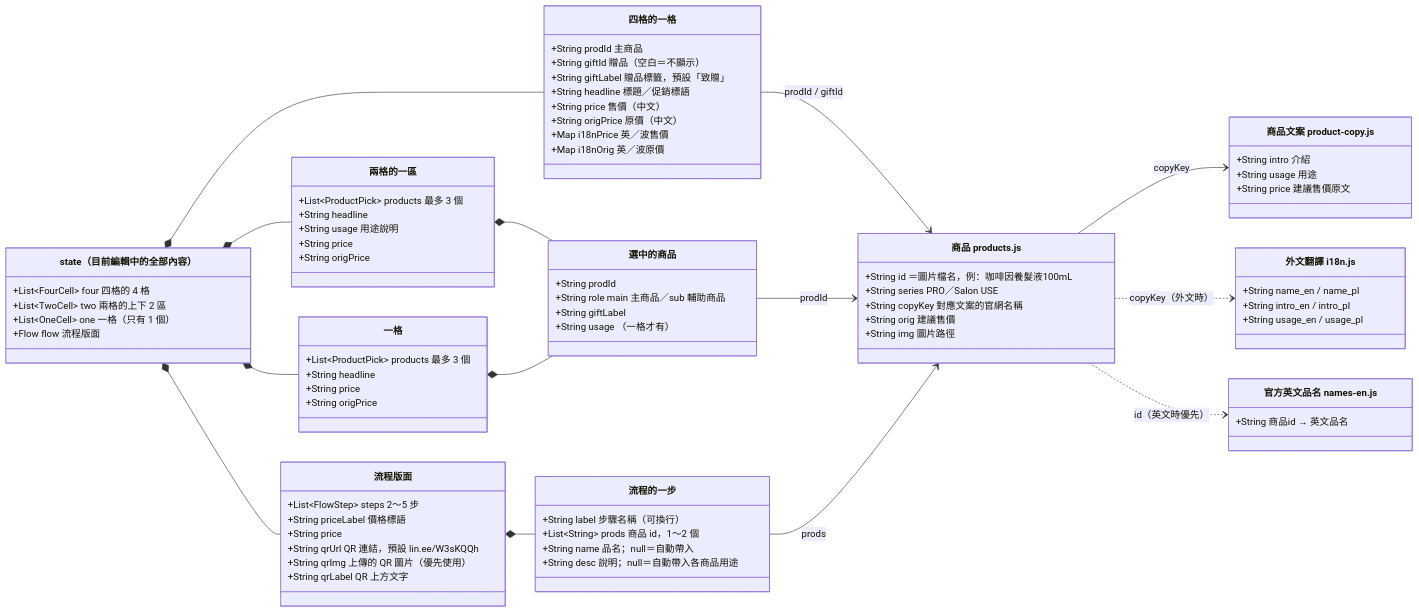
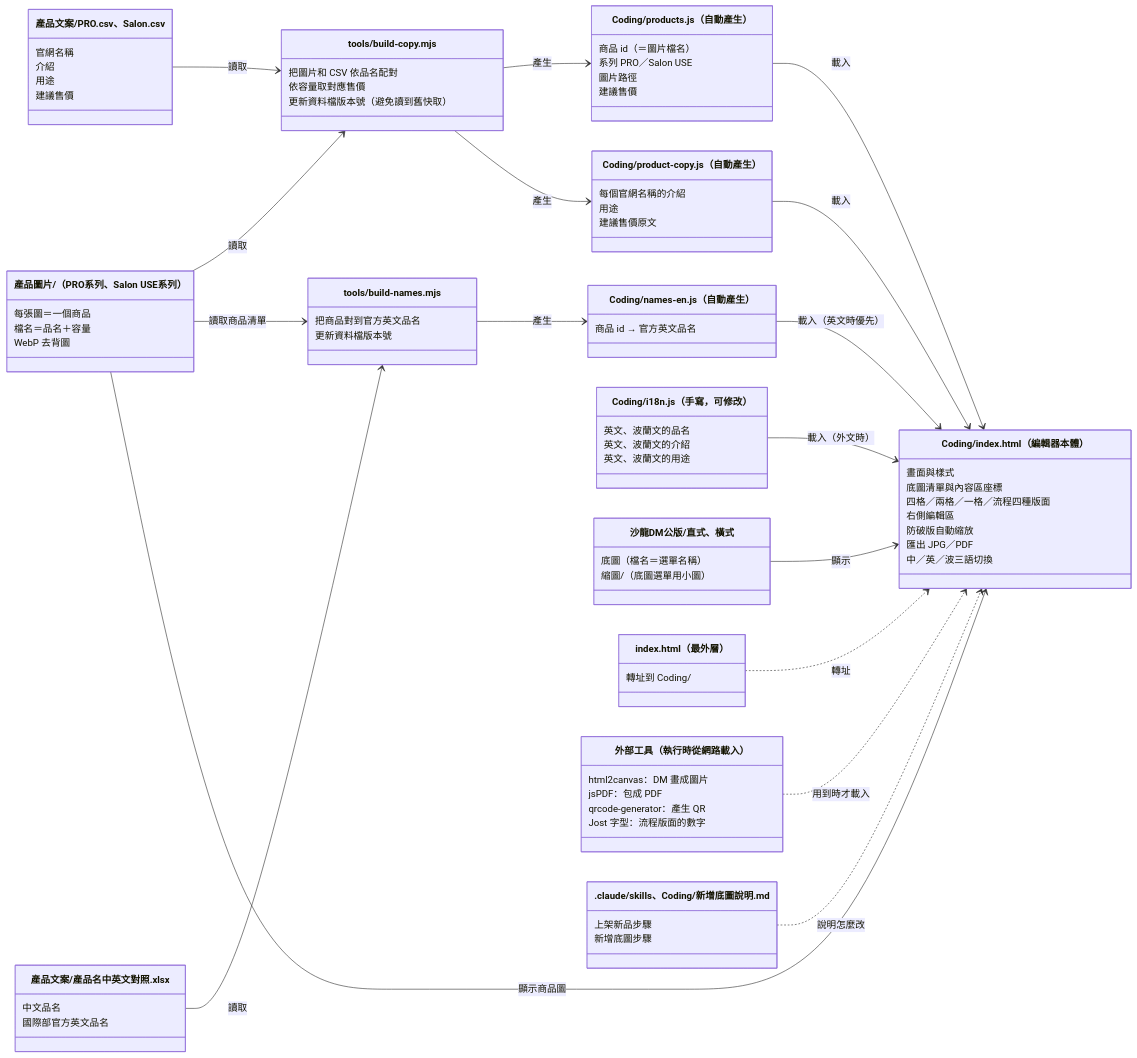
The second of 3 diagrams in docs/專案地圖.md (brandmarketing-coder/DM), drawn with Mermaid before and after one commit. The commit also changed other lines of this file and 2 other files, not shown here.

Commit message:
docs: 移除過時的 Plan.md、Handoff.md，專案地圖改版
- 刪除 Coding/Plan.md（早期技術規格）、Coding/Handoff.md（早期交接說明），內容已過時
- 專案地圖：第三節改名「架構圖」；圖 1 改為「檔案分工與關係」（每份檔案負責什麼、誰產生／讀取誰）；圖 2 改名「程式模組分工」
- 檔案表與底圖對照改成新的 直式／橫式 資料夾路徑
- 新增「已知限制與規格備忘」，保留兩份舊文件中仍有效的資訊（離線不能匯出、外文價格需手填、A4 尺寸與匯出解析度等）

````diff
--- a/docs/專案地圖.md
+++ b/docs/專案地圖.md
@@ -82,97 +80,93 @@
 classDiagram
   direction LR
 
-  class State["state（目前編輯中的全部內容）"] {
-    +List~FourCell~ four  四格的 4 格
-    +List~TwoCell~ two  兩格的上下 2 區
-    +List~OneCell~ one  一格（只有 1 個）
-    +Flow flow  流程版面
+  class Images["產品圖片/（PRO系列、Salon USE系列）"] {
+    每張圖＝一個商品
+    檔名＝品名＋容量
+    WebP 去背圖
+  }
+  class Csv["產品文案/PRO.csv、Salon.csv"] {
+    官網名稱
+    介紹
+    用途
+    建議售價
+  }
+  class Xlsx["產品文案/產品名中英文對照.xlsx"] {
+    中文品名
+    國際部官方英文品名
   }
 
-  class FourCell["四格的一格"] {
-    +String prodId  主商品
-    +String giftId  贈品（空白＝不顯示）
-    +String giftLabel  贈品標籤，預設「致贈」
-    +String headline  標題／促銷標語
-    +String price  售價（中文）
-    +String origPrice  原價（中文）
-    +Map i18nPrice  英／波售價
-    +Map i18nOrig  英／波原價
+  class BuildCopy["tools/build-copy.mjs"] {
+    把圖片和 CSV 依品名配對
+    依容量取對應售價
+    更新資料檔版本號（避免讀到舊快取）
+  }
+  class BuildNames["tools/build-names.mjs"] {
+    把商品對到官方英文品名
+    更新資料檔版本號
   }
 
-  class TwoCell["兩格的一區"] {
-    +List~ProductPick~ products  最多 3 個
-    +String headline
-    +String usage  用途說明
-    +String price
-    +String origPrice
+  class ProductsJs["Coding/products.js（自動產生）"] {
+    商品 id（＝圖片檔名）
+    系列 PRO／Salon USE
+    圖片路徑
+    建議售價
+  }
+  class CopyJs["Coding/product-copy.js（自動產生）"] {
+    每個官網名稱的介紹
+    用途
+    建議售價原文
+  }
+  class NamesJs["Coding/names-en.js（自動產生）"] {
+    商品 id → 官方英文品名
+  }
+  class I18nJs["Coding/i18n.js（手寫，可修改）"] {
+    英文、波蘭文的品名
+    英文、波蘭文的介紹
+    英文、波蘭文的用途
+  }
+  class Bg["沙龍DM公版/直式、橫式"] {
+    底圖（檔名＝選單名稱）
+    縮圖/（底圖選單用小圖）
   }
 
-  class OneCell["一格"] {
-    +List~ProductPick~ products  最多 3 個
-    +String headline
-    +String price
-    +String origPrice
+  class App["Coding/index.html（編輯器本體）"] {
+    畫面與樣式
+    底圖清單與內容區座標
+    四格／兩格／一格／流程四種版面
+    右側編輯區
+    防破版自動縮放
+    匯出 JPG／PDF
+    中／英／波三語切換
+  }
+  class Root["index.html（最外層）"] {
+    轉址到 Coding/
+  }
+  class External["外部工具（執行時從網路載入）"] {
+    html2canvas：DM 畫成圖片
+    jsPDF：包成 PDF
+    qrcode-generator：產生 QR
+    Jost 字型：流程版面的數字
+  }
+  class Skills[".claude/skills、Coding/新增底圖說明.md"] {
+    上架新品步驟
+    新增底圖步驟
   }
 
-  class ProductPick["選中的商品"] {
-    +String prodId
-    +String role  main 主商品／sub 輔助商品
-    +String giftLabel
-    +String usage  （一格才有）
-  }
-
-  class Flow["流程版面"] {
-    +List~FlowStep~ steps  2～5 步
-    +String priceLabel  價格標語
-    +String price
-    +String qrUrl  QR 連結，預設 lin.ee/W3sKQQh
-    +String qrImg  上傳的 QR 圖片（優先使用）
-    +String qrLabel  QR 上方文字
-  }
-
-  class FlowStep["流程的一步"] {
-    +String label  步驟名稱（可換行）
-    +List~String~ prods  商品 id，1～2 個
-    +String name  品名；null＝自動帶入
-    +String desc  說明；null＝自動帶入各商品用途
-  }
-
-  class Product["商品 products.js"] {
-    +String id  ＝圖片檔名，例：咖啡因養髮液100mL
-    +String series  PRO／Salon USE
-    +String copyKey  對應文案的官網名稱
-    +String orig  建議售價
-    +String img  圖片路徑
-  }
-
-  class ProductCopy["商品文案 product-copy.js"] {
-    +String intro  介紹
-    +String usage  用途
-    +String price  建議售價原文
-  }
-
-  class ProductI18n["外文翻譯 i18n.js"] {
-    +String name_en / name_pl
-    +String intro_en / intro_pl
-    +String usage_en / usage_pl
-  }
-
-  class NameEn["官方英文品名 names-en.js"] {
-    +String 商品id → 英文品名
-  }
-
-  State *-- FourCell
-  State *-- TwoCell
-  State *-- OneCell
-  State *-- Flow
-  TwoCell *-- ProductPick
-  OneCell *-- ProductPick
-  Flow *-- FlowStep
-  FourCell --> Product : prodId / giftId
-  ProductPick --> Product : prodId
-  FlowStep --> Product : prods
-  Product --> ProductCopy : copyKey
-  Product ..> ProductI18n : copyKey（外文時）
-  Product ..> NameEn : id（英文時優先）
+  Images --> BuildCopy : 讀取
+  Csv --> BuildCopy : 讀取
+  Images --> BuildNames : 讀取商品清單
+  Xlsx --> BuildNames : 讀取
+  BuildCopy --> ProductsJs : 產生
+  BuildCopy --> CopyJs : 產生
+  BuildNames --> NamesJs : 產生
+  ProductsJs --> App : 載入
+  CopyJs --> App : 載入
+  NamesJs --> App : 載入（英文時優先）
+  I18nJs --> App : 載入（外文時）
+  Bg --> App : 顯示
+  Images --> App : 顯示商品圖
+  External ..> App : 用到時才載入
+  Root ..> App : 轉址
+  Skills ..> App : 說明怎麼改
 ```
````
